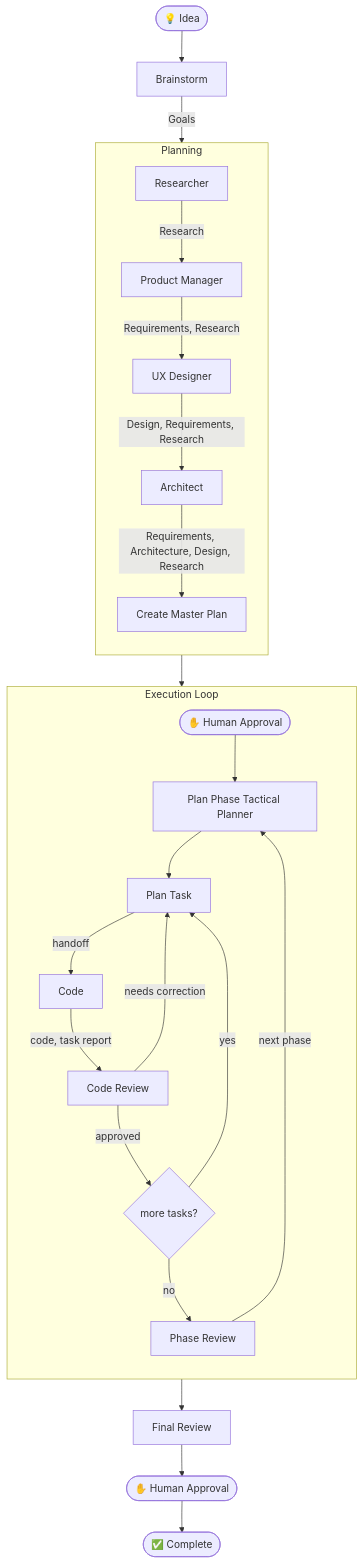
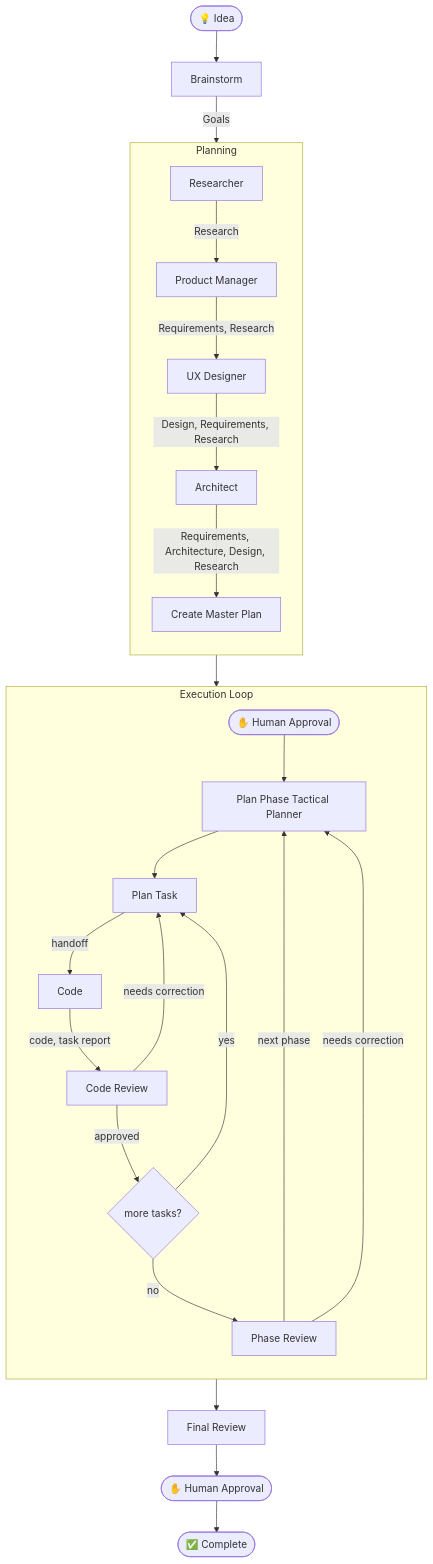
One commit to MetalHexx/RadOrchestration changed the diagram in README.md. Above: the diagram before and after it, drawn with Mermaid. The commit also changed 14 other files, not shown here.

````diff
--- a/README.md
+++ b/README.md
@@ -11,32 +11,33 @@
 ```mermaid
 flowchart TD
     START([💡 Idea]) --> BRAINSTORM[Brainstorm]
     BRAINSTORM --> |Goals| RESEARCH
 
     subgraph PLANNING [Planning]
         direction TB
         RESEARCH[Researcher] --> |Research| PRD[Product Manager]
         PRD --> |Requirements, Research| DESIGN[UX Designer]
         DESIGN --> |Design, Requirements, Research| ARCH[Architect]
         ARCH --> |Requirements, Architecture, Design, Research| MASTERPLAN[Create Master Plan]
     end
 
     MASTERPLAN --> GATE1(["✋ Human Approval"])
 
     subgraph EXECUTION [Execution Loop]
         direction TB
         GATE1 --> PHASE[Plan Phase Tactical Planner]
         PHASE --> HANDOFF[Plan Task]
         HANDOFF --> |handoff| CODE[Code]
         CODE --> |code, task report|REVIEW[Code Review]
         REVIEW -->|needs correction | HANDOFF
         REVIEW -->|approved| MORETASKS{more tasks?}
         MORETASKS -->|yes| HANDOFF
         MORETASKS -->|no| PHASEREVIEW[Phase Review]
         PHASEREVIEW -->|next phase| PHASE
+        PHASEREVIEW -->|needs correction| PHASE
     end
 
     PHASEREVIEW --> FINAL[Final Review]
     FINAL --> GATE2(["✋ Human Approval"])
     GATE2 --> DONE([✅ Complete])
 ```
````
